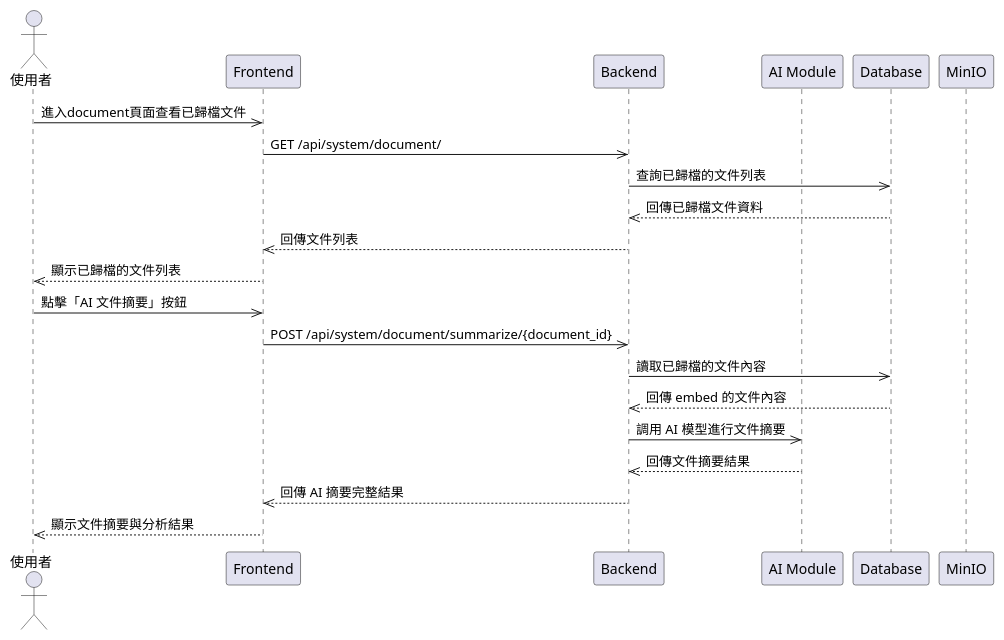
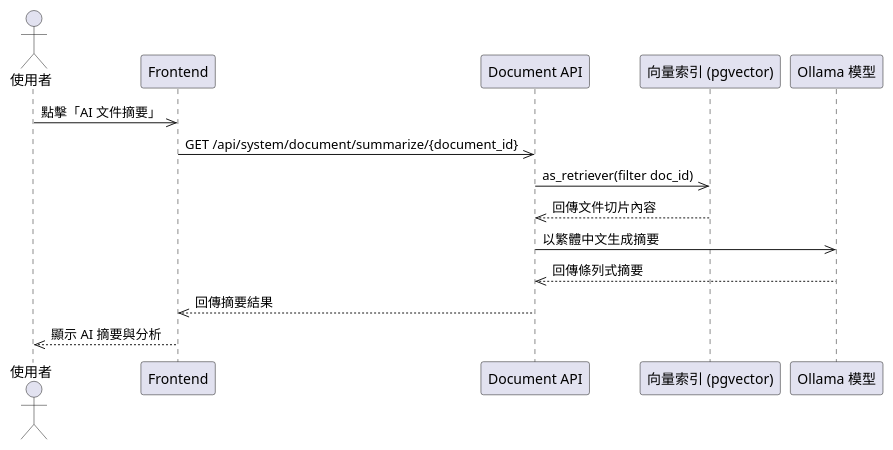
Before and after one commit to walle45611/NTUB_SecuManag_Diagram: the diagram in plantUML/sequence/document_summary.puml, drawn with PlantUML. The commit also changed 18 other files, not shown here.

First line of the commit message:
(modify): 循序圖調整 (#73)

```diff
--- a/plantUML/sequence/document_summary.puml
+++ b/plantUML/sequence/document_summary.puml
@@ -1,24 +1,17 @@
 @startuml
 actor User as "使用者"
 participant Frontend
-participant Backend
-participant "AI Module" as AI
-participant Database
-participant MinIO
+participant "Document API" as DocumentAPI
+participant "向量索引 (pgvector)" as VectorStore
+participant "Ollama 模型" as LLM
 
-User ->> Frontend: 進入document頁面查看已歸檔文件
-Frontend ->> Backend: GET /api/system/document/
-Backend ->> Database: 查詢已歸檔的文件列表
-Database -->> Backend: 回傳已歸檔文件資料
-Backend -->> Frontend: 回傳文件列表
-Frontend -->> User: 顯示已歸檔的文件列表
+User ->> Frontend: 點擊「AI 文件摘要」
+Frontend ->> DocumentAPI: GET /api/system/document/summarize/{document_id}
+DocumentAPI ->> VectorStore: as_retriever(filter doc_id)
+VectorStore -->> DocumentAPI: 回傳文件切片內容
+DocumentAPI ->> LLM: 以繁體中文生成摘要
+LLM -->> DocumentAPI: 回傳條列式摘要
+DocumentAPI -->> Frontend: 回傳摘要結果
+Frontend -->> User: 顯示 AI 摘要與分析
 
-User ->> Frontend: 點擊「AI 文件摘要」按鈕
-Frontend ->> Backend: POST /api/system/document/summarize/{document_id}
-Backend ->> Database: 讀取已歸檔的文件內容
-Database -->> Backend: 回傳 embed 的文件內容
-Backend ->> AI: 調用 AI 模型進行文件摘要
-AI -->> Backend: 回傳文件摘要結果
-Backend -->> Frontend: 回傳 AI 摘要完整結果
-Frontend -->> User: 顯示文件摘要與分析結果
 @enduml
```
